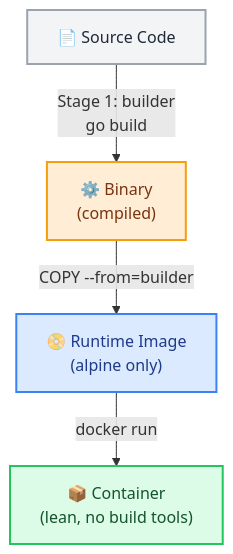
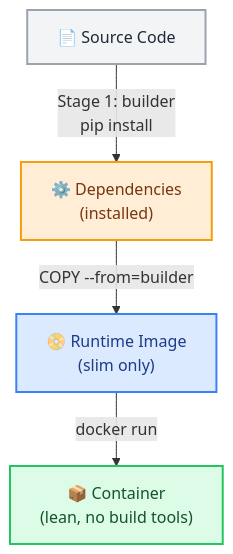
One commit to devopspilot1/devopspilot1.github.io changed the second of 2 diagrams in docs/docker/docker-multi-stage-builds/index.md. Above: the diagram before and after it, drawn with Mermaid. The commit also changed other lines of this file and 2 other files, not shown here.

Commit message:
feat: update Docker lab callout with new lab links and migrate multi-stage build guide from Go to Python examples

````diff
--- a/docs/docker/docker-multi-stage-builds/index.md
+++ b/docs/docker/docker-multi-stage-builds/index.md
@@ -73,15 +88,15 @@
 ```mermaid
 graph TD
     SRC["📄 Source Code"]-->|Stage 1: builder
- go build|BIN["⚙️ Binary
-(compiled)"]
+ pip install|BIN["⚙️ Dependencies
+(installed)"]
     BIN-->|COPY --from=builder|RT["📀 Runtime Image
-(alpine only)"]
+(slim only)"]
     RT-->|docker run|CNT["📦 Container
 (lean, no build tools)"]
 
     style SRC fill:#f3f4f6,stroke:#9ca3af,stroke-width:2px,color:#1f2937
     style BIN fill:#ffedd5,stroke:#f59e0b,stroke-width:2px,color:#78350f
     style RT fill:#dbeafe,stroke:#3b82f6,stroke-width:2px,color:#1e3a8a
     style CNT fill:#dcfce7,stroke:#22c55e,stroke-width:2px,color:#14532d
 ```
````
